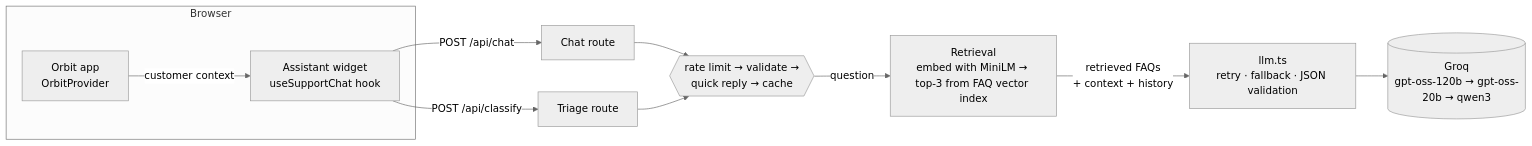
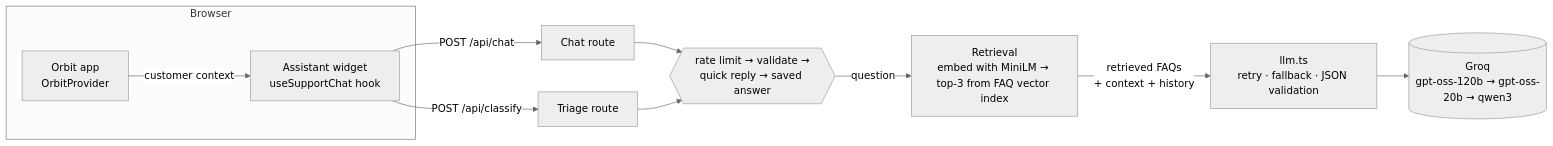
The diagram in README.md (Harshit1862/orbit-ai-support), drawn with Mermaid (neutral theme) before and after one commit. The commit also changed other lines of this file and 19 other files, not shown here.

````diff
--- a/README.md
+++ b/README.md
@@ -42,15 +42,15 @@
 ```mermaid
 flowchart LR
     subgraph Browser
       W[Assistant widget<br/>useSupportChat hook]
       A[Orbit app<br/>OrbitProvider]
     end
     A -- customer context --> W
     W -- POST /api/chat --> C[Chat route]
     W -- POST /api/classify --> T[Triage route]
-    C --> S{{rate limit → validate →<br/>quick reply → cache}}
+    C --> S{{rate limit → validate →<br/>quick reply → saved answer}}
     T --> S
     S -- question --> R[Retrieval<br/>embed with MiniLM → top-3 from FAQ vector index]
     R -- retrieved FAQs<br/>+ context + history --> L[llm.ts<br/>retry · fallback · JSON validation]
     L --> G[(Groq<br/>gpt-oss-120b → gpt-oss-20b → qwen3)]
 ```
````
